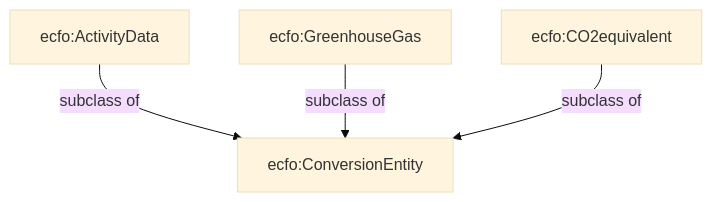
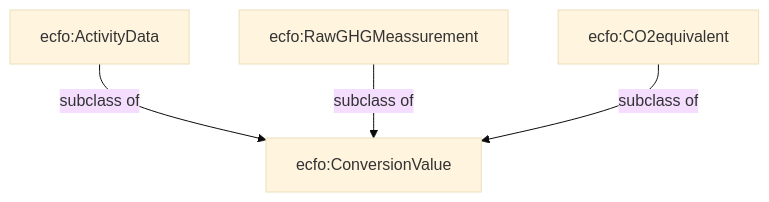
One commit to TEC-Toolkit/ECFO changed the fourth of 7 diagrams in development/doc.md. Above: the diagram before and after it, drawn with Mermaid (base theme). The commit also changed other lines of this file, not shown here.

````diff
--- a/development/doc.md
+++ b/development/doc.md
@@ -32,12 +55,11 @@
-```mermaid 
+```mermaid
 graph TD
-    CE[ecfo:ConversionEntity]
+    CE[ecfo:ConversionValue]
     AD[ecfo:ActivityData]
-    GHG[ecfo:GreenhouseGas]
+    GHG[ecfo:RawGHGMeassurement]
     CO2e[ecfo:CO2equivalent]
 
     AD -- "subclass of" --> CE
     GHG -- "subclass of" --> CE
     CO2e -- "subclass of" --> CE
-
 ```
````
